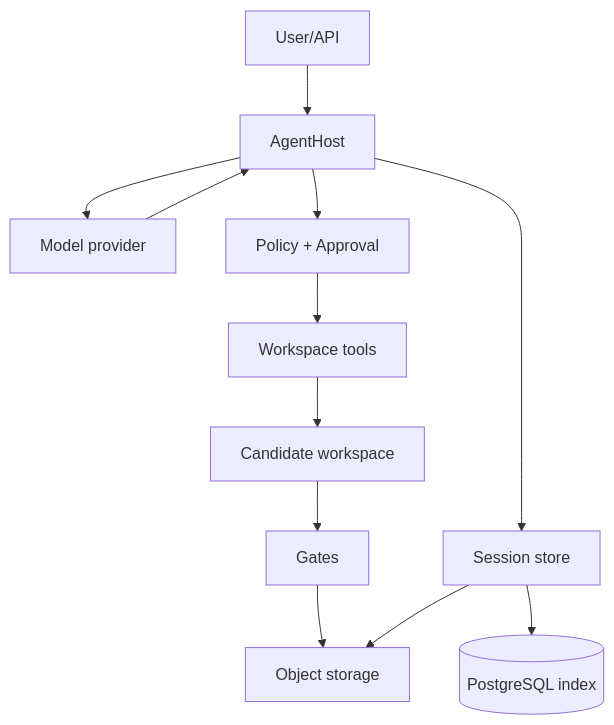
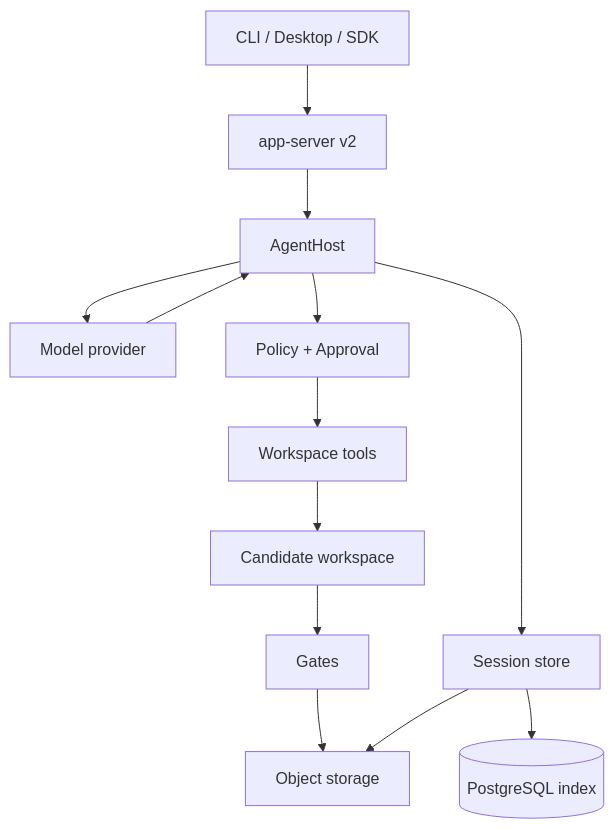
Before and after one commit to muniu-ai/muniu: the third of 5 diagrams in docs/architecture.md, drawn with Mermaid. The commit also changed other lines of this file and 98 other files, not shown here.

````diff
--- a/docs/architecture.md
+++ b/docs/architecture.md
@@ -38,14 +38,15 @@
 ```mermaid
 flowchart TB
-  U[User/API] --> A[AgentHost]
+  U[CLI / Desktop / SDK] --> AS[app-server v2]
+  AS --> A[AgentHost]
   A --> M[Model provider]
   M --> A
   A --> P[Policy + Approval]
   P --> T[Workspace tools]
   T --> W[Candidate workspace]
   W --> G[Gates]
   G --> O[Object storage]
   A --> S[Session store]
   S --> PG[(PostgreSQL index)]
   S --> O
 ```
````
